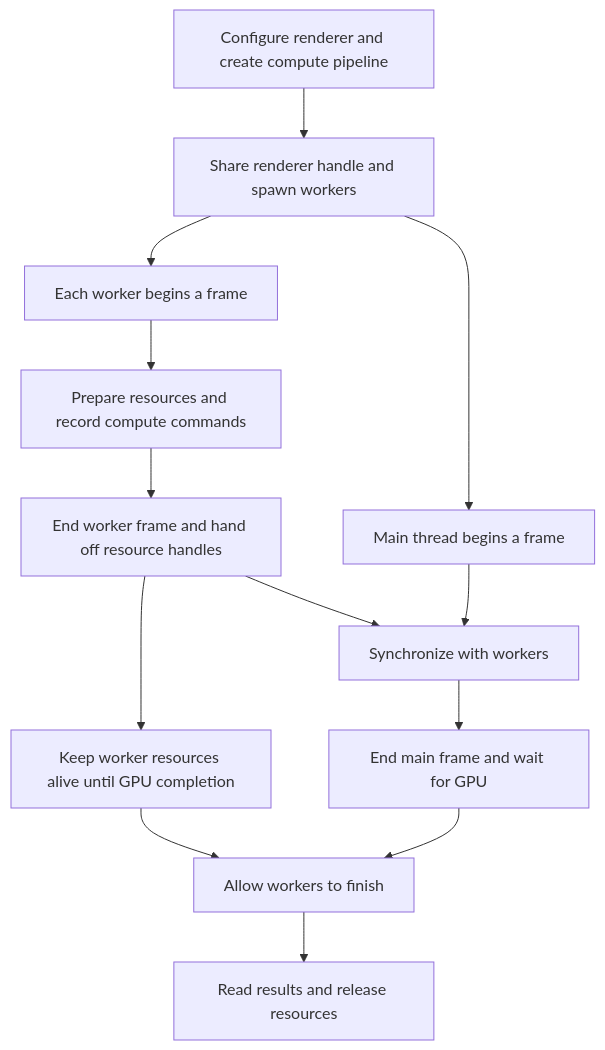
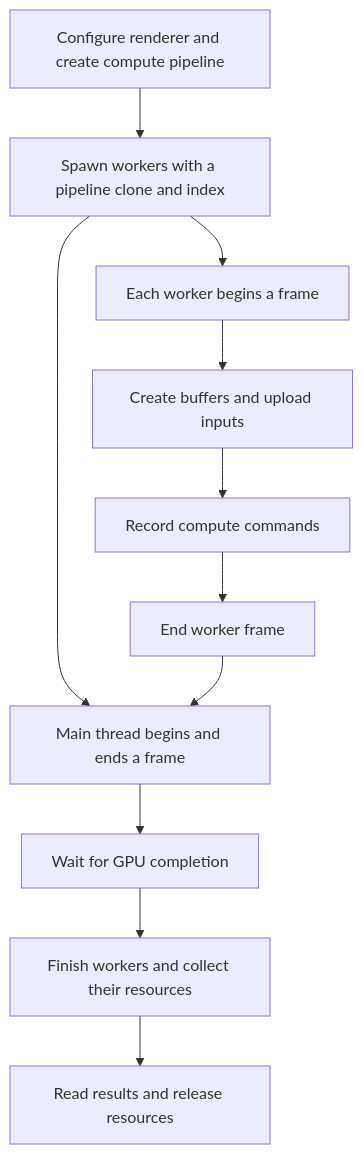
One commit to ozguronsoy/HephGL changed the sixth of 15 diagrams in examples/README.md. Above: the diagram before and after it, drawn with Mermaid. The commit also changed other lines of this file and 20 other files, not shown here.

First line of the commit message:
Overhaul the renderer worker design (#193)

````diff
--- a/examples/README.md
+++ b/examples/README.md
@@ -117,15 +117,13 @@
 ```mermaid
 flowchart TD
-    A[Configure renderer and create compute pipeline] --> B[Share renderer handle and spawn workers]
+    A[Configure renderer and create compute pipeline] --> B[Spawn workers with a pipeline clone and index]
     B --> C[Each worker begins a frame]
-    C --> D[Prepare resources and record compute commands]
-    D --> E[End worker frame and hand off resource handles]
-    E --> F[Keep worker resources alive until GPU completion]
-    B --> G[Main thread begins a frame]
-    E --> H[Synchronize with workers]
-    G --> H
-    H --> I[End main frame and wait for GPU]
-    I --> J[Allow workers to finish]
-    F --> J
-    J --> K[Read results and release resources]
+    C --> D[Create buffers and upload inputs]
+    D --> E[Record compute commands]
+    E --> F[End worker frame]
+    B --> G[Main thread begins and ends a frame]
+    F --> G
+    G --> H[Wait for GPU completion]
+    H --> I[Finish workers and collect their resources]
+    I --> J[Read results and release resources]
 ```
````
